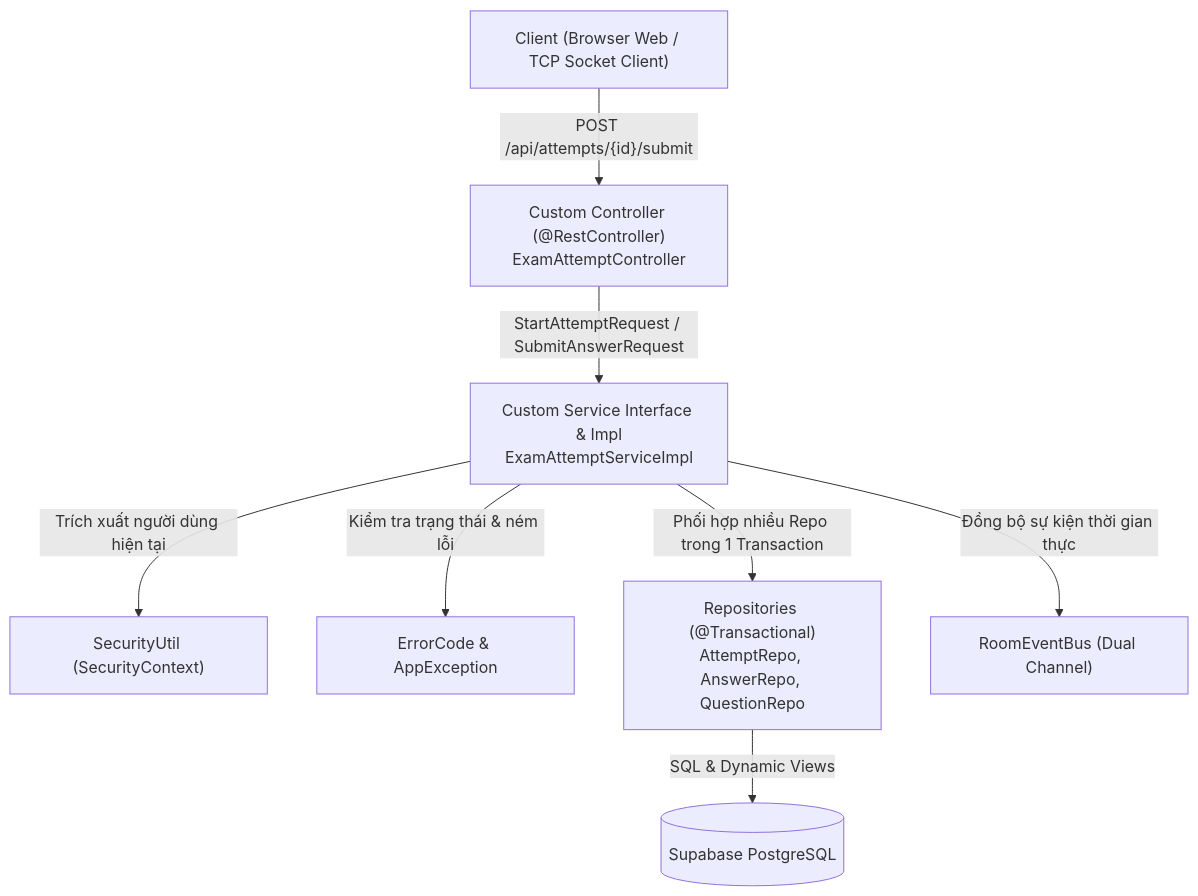
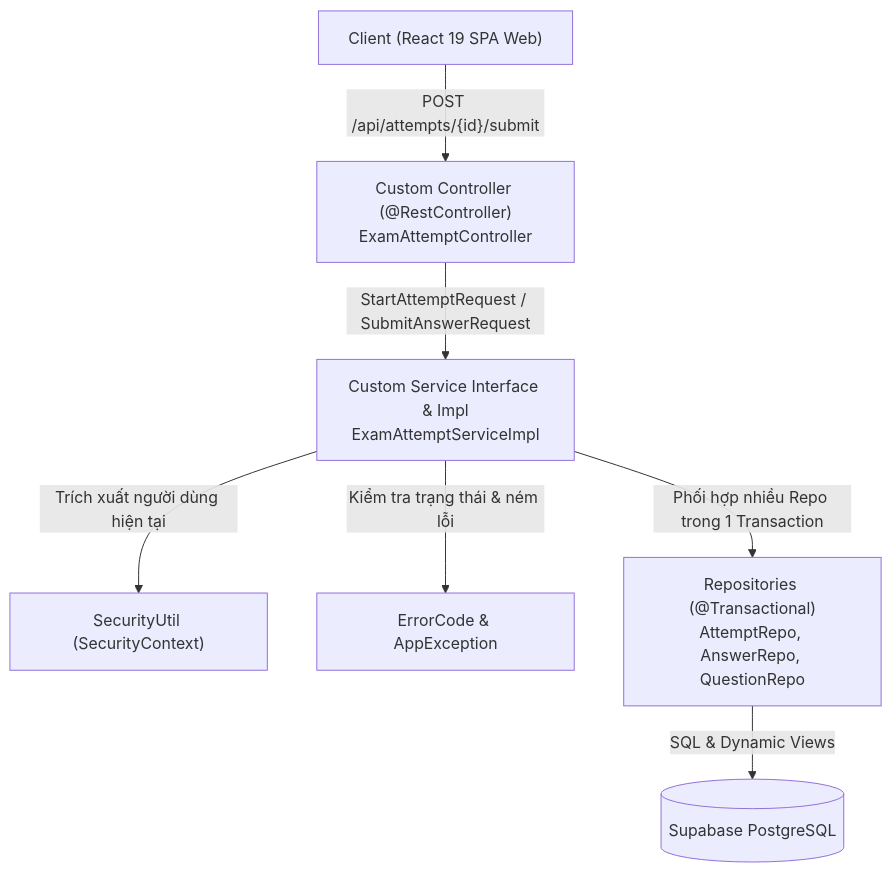
The diagram in server/docs/ai-guides/CUSTOM_API_GUIDE.md (lethanhan01/mooc-clone), drawn with Mermaid before and after one commit. The commit also changed other lines of this file and 5 other files, not shown here.

````diff
--- a/server/docs/ai-guides/CUSTOM_API_GUIDE.md
+++ b/server/docs/ai-guides/CUSTOM_API_GUIDE.md
@@ -24,13 +24,12 @@
 ```mermaid
 graph TD
-    Client["Client (Browser Web / TCP Socket Client)"]
+    Client["Client (React 19 SPA Web)"]
     Client -->|"POST /api/attempts/{id}/submit"| Controller["Custom Controller (@RestController)<br/>ExamAttemptController"]
     Controller -->|"StartAttemptRequest / SubmitAnswerRequest"| Service["Custom Service Interface & Impl<br/>ExamAttemptServiceImpl"]
     
     Service -->|"Trích xuất người dùng hiện tại"| SecurityUtil["SecurityUtil (SecurityContext)"]
     Service -->|"Kiểm tra trạng thái & ném lỗi"| ErrorCode["ErrorCode & AppException"]
     Service -->|"Phối hợp nhiều Repo trong 1 Transaction"| Repositories["Repositories (@Transactional)<br/>AttemptRepo, AnswerRepo, QuestionRepo"]
-    Service -->|"Đồng bộ sự kiện thời gian thực"| RoomEventBus["RoomEventBus (Dual Channel)"]
     
     Repositories -->|"SQL & Dynamic Views"| Database[("Supabase PostgreSQL")]
 ```
````
